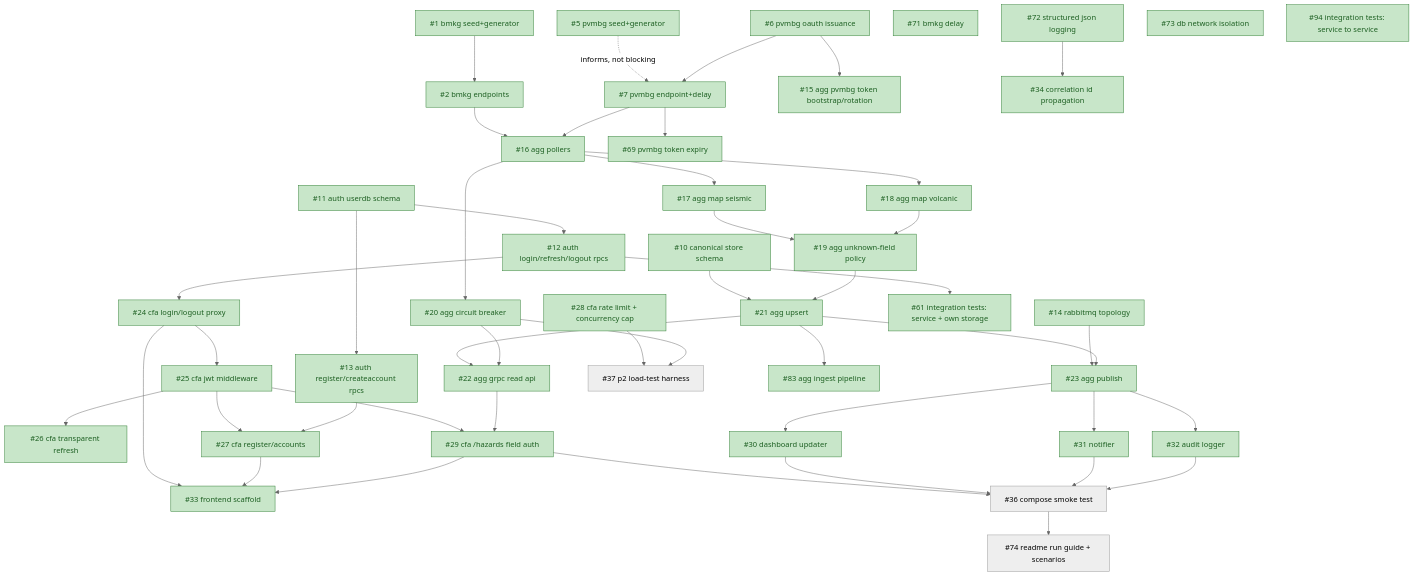
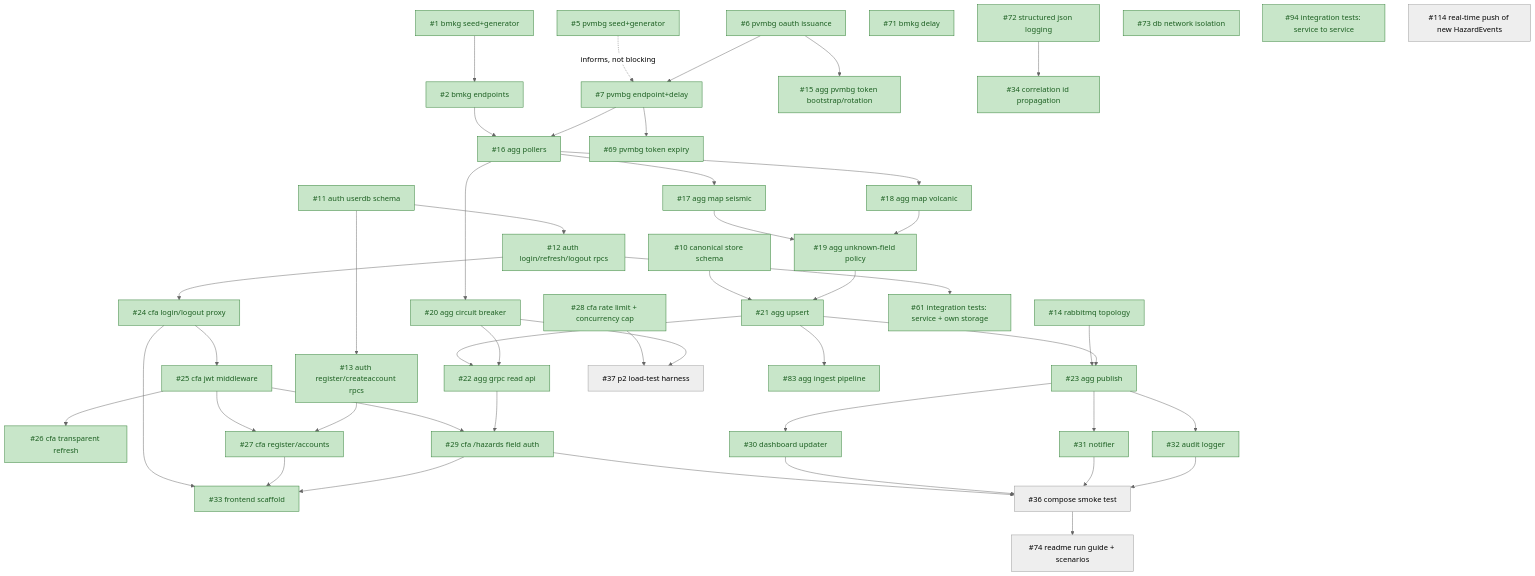
The diagram in doc/BACKLOG_DEPENDENCIES.md (brii26/distributed-hazard-coordination), drawn with Mermaid (neutral theme) before and after one commit. The commit also changed other lines of this file and 21 other files, not shown here.

````diff
--- a/doc/BACKLOG_DEPENDENCIES.md
+++ b/doc/BACKLOG_DEPENDENCIES.md
@@ -18,63 +19,64 @@
 ```mermaid
 graph TD
   1["#1 bmkg seed+generator"] --> 2["#2 bmkg endpoints"]
   5["#5 pvmbg seed+generator"] -.->|informs, not blocking| 7
 
   6["#6 pvmbg oauth issuance"] --> 15["#15 agg pvmbg token bootstrap/rotation"]
   6 --> 7["#7 pvmbg endpoint+delay"]
   7 --> 69["#69 pvmbg token expiry"]
 
   2 --> 16["#16 agg pollers"]
   7 --> 16
   16 --> 17["#17 agg map seismic"]
   16 --> 18["#18 agg map volcanic"]
   16 --> 20["#20 agg circuit breaker"]
   17 --> 19["#19 agg unknown-field policy"]
   18 --> 19
 
   10["#10 canonical store schema"] --> 21["#21 agg upsert"]
   19 --> 21
   21 --> 22["#22 agg grpc read api"]
   20 --> 22
 
   14["#14 rabbitmq topology"] --> 23["#23 agg publish"]
   21 --> 23
   21 --> 83["#83 agg ingest pipeline"]
 
   11["#11 auth userdb schema"] --> 12["#12 auth login/refresh/logout rpcs"]
   11 --> 13["#13 auth register/createaccount rpcs"]
 
   12 --> 24["#24 cfa login/logout proxy"]
   12 --> 61["#61 integration tests: service + own storage"]
   24 --> 25["#25 cfa jwt middleware"]
   25 --> 26["#26 cfa transparent refresh"]
   25 --> 27["#27 cfa register/accounts"]
   13 --> 27
   25 --> 29["#29 cfa /hazards field auth"]
   22 --> 29
 
   23 --> 30["#30 dashboard updater"]
   23 --> 31["#31 notifier"]
   23 --> 32["#32 audit logger"]
 
   24 --> 33["#33 frontend scaffold"]
   27 --> 33
   29 --> 33
 
   29 --> 36["#36 compose smoke test"]
   30 --> 36
   31 --> 36
   32 --> 36
 
   28["#28 cfa rate limit + concurrency cap"] --> 37["#37 p2 load-test harness"]
   20 --> 37
 
   72["#72 structured json logging"] --> 34["#34 correlation id propagation"]
   36 --> 74["#74 readme run guide + scenarios"]
   71["#71 bmkg delay"]
   73["#73 db network isolation"]
   94["#94 integration tests: service to service"]
+  114["#114 real-time push of new HazardEvents"]
 
   classDef done fill:#c8e6c9,stroke:#2e7d32,color:#1b5e20
   class 1,2,5,6,7,10,11,12,13,14,15,16,17,18,19,20,21,22,23,24,25,26,27,28,29,30,31,32,33,34,35,61,69,71,72,73,83,94 done
 ```
````
